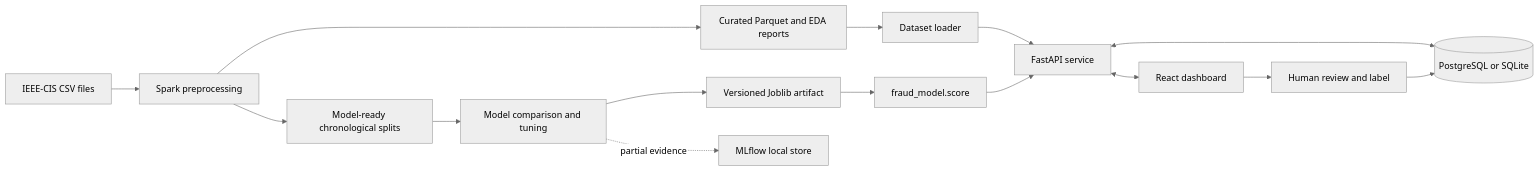
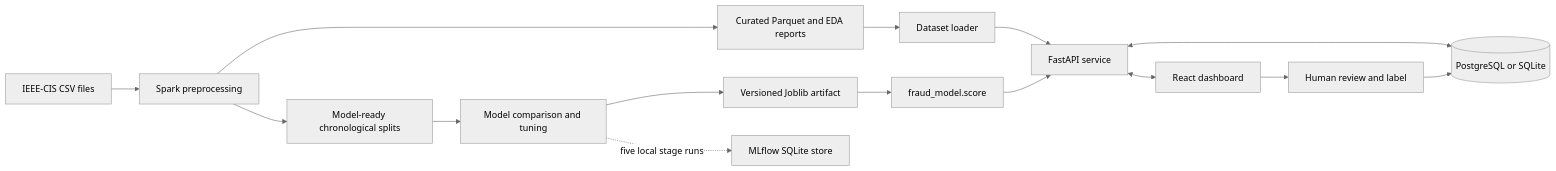
One commit to RocketUp-Team/Fraud-Detection-Score-Risk changed the first of 4 diagrams in docs/SYSTEM_DOCUMENTATION.md. Above: the diagram before and after it, drawn with Mermaid (neutral theme). The commit also changed other lines of this file and 11 other files, not shown here.

````diff
--- a/docs/SYSTEM_DOCUMENTATION.md
+++ b/docs/SYSTEM_DOCUMENTATION.md
@@ -101,17 +104,17 @@
 ```mermaid
 flowchart LR
     A[IEEE-CIS CSV files] --> B[Spark preprocessing]
     B --> C[Curated Parquet and EDA reports]
     B --> D[Model-ready chronological splits]
     D --> E[Model comparison and tuning]
     E --> F[Versioned Joblib artifact]
-    E -. partial evidence .-> G[MLflow local store]
+    E -. five local stage runs .-> G[MLflow SQLite store]
     F --> H[fraud_model.score]
     H --> I[FastAPI service]
     C --> J[Dataset loader]
     J --> I
     I <--> K[(PostgreSQL or SQLite)]
     I <--> L[React dashboard]
     L --> M[Human review and label]
     M --> K
 ```
````
